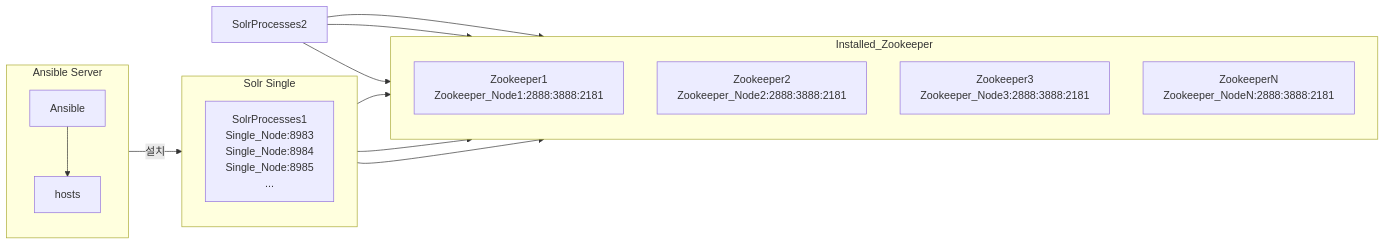
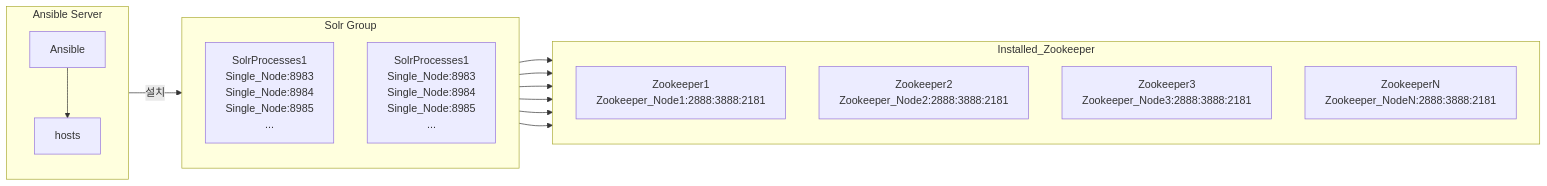
Before and after one commit to QubitSecurity/howto: the diagram in rocky9/app/solr/ansible_install/cloud/readme.md, drawn with Mermaid.

````diff
--- a/rocky9/app/solr/ansible_install/cloud/readme.md
+++ b/rocky9/app/solr/ansible_install/cloud/readme.md
@@ -26,42 +26,42 @@
 ```mermaid
 graph LR;
 
     %% Define layout direction and spacing
    %% style Ansible_Server fill:#f9f,stroke:#333,stroke-width:2px,height:200px;
    %% style Zookeeper fill:#cfc,stroke:#333,stroke-width:2px;
    %% style Plug_Zookeeper fill:#fff,stroke:#000,stroke-width:2px;
 
     %% Ansible Server Section
     subgraph Ansible_Server[Ansible Server]
         direction TB
         Ansible1[Ansible]
         hosts[hosts]
         
         Ansible1 --> hosts
     end
 
     %% Zookeeper Section
     subgraph Zookeeper[Installed_Zookeeper]
         direction TB
         Zookeeper1[Zookeeper1<br>Zookeeper_Node1:2888:3888:2181]
         Zookeeper2[Zookeeper2<br>Zookeeper_Node2:2888:3888:2181]
         Zookeeper3[Zookeeper3<br>Zookeeper_Node3:2888:3888:2181]
         Zookeeper4[ZookeeperN<br>Zookeeper_NodeN:2888:3888:2181]
         
     end
 
     %% Solr Subgraph
-    subgraph Solr[Solr Single]
+    subgraph Solr[Solr Group]
         direction TB
         SolrProcesses1[SolrProcesses1<br>Single_Node:8983<br>Single_Node:8984<br>Single_Node:8985<br>...]
-        SolrProcesses1[SolrProcesses1<br>Single_Node:8983<br>Single_Node:8984<br>Single_Node:8985<br>...]
+        SolrProcesses2[SolrProcesses1<br>Single_Node:8983<br>Single_Node:8984<br>Single_Node:8985<br>...]
     end
 hosts -->|설치| Solr
 
 SolrProcesses1 --> Zookeeper1
 SolrProcesses1 --> Zookeeper2
 SolrProcesses1 --> Zookeeper3
 SolrProcesses2 --> Zookeeper1
 SolrProcesses2 --> Zookeeper2
 SolrProcesses2 --> Zookeeper3
 ```
````
